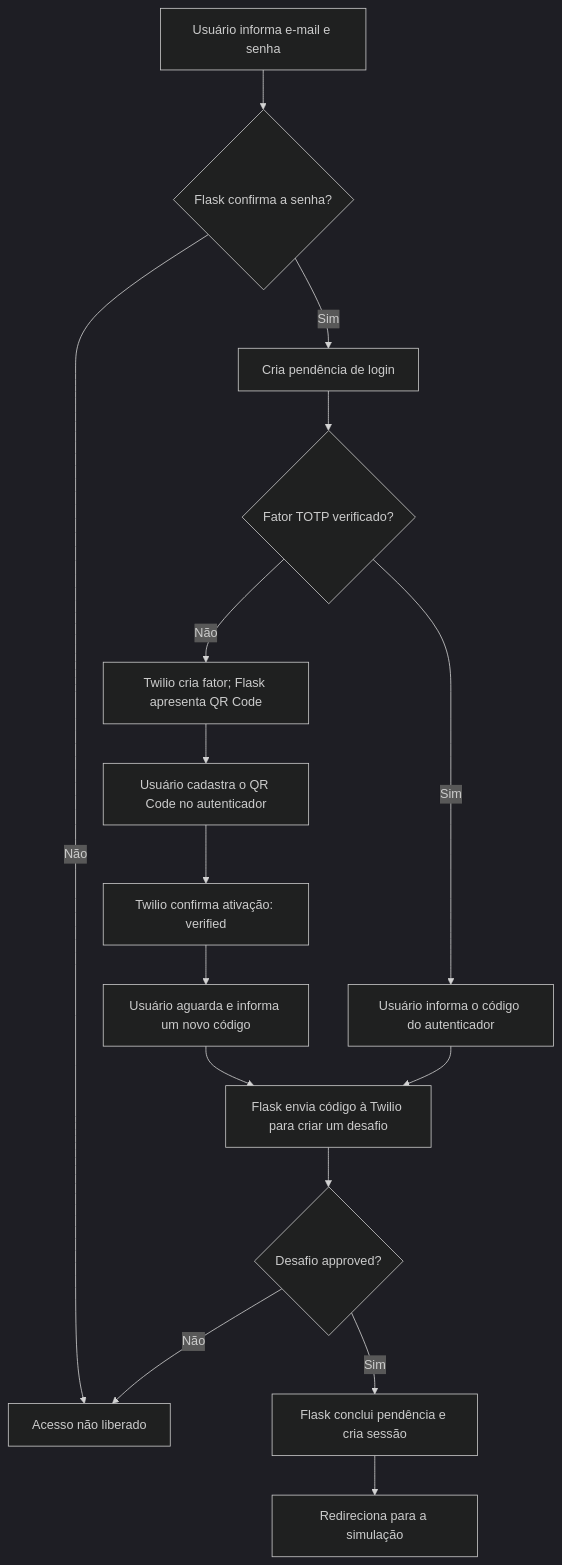
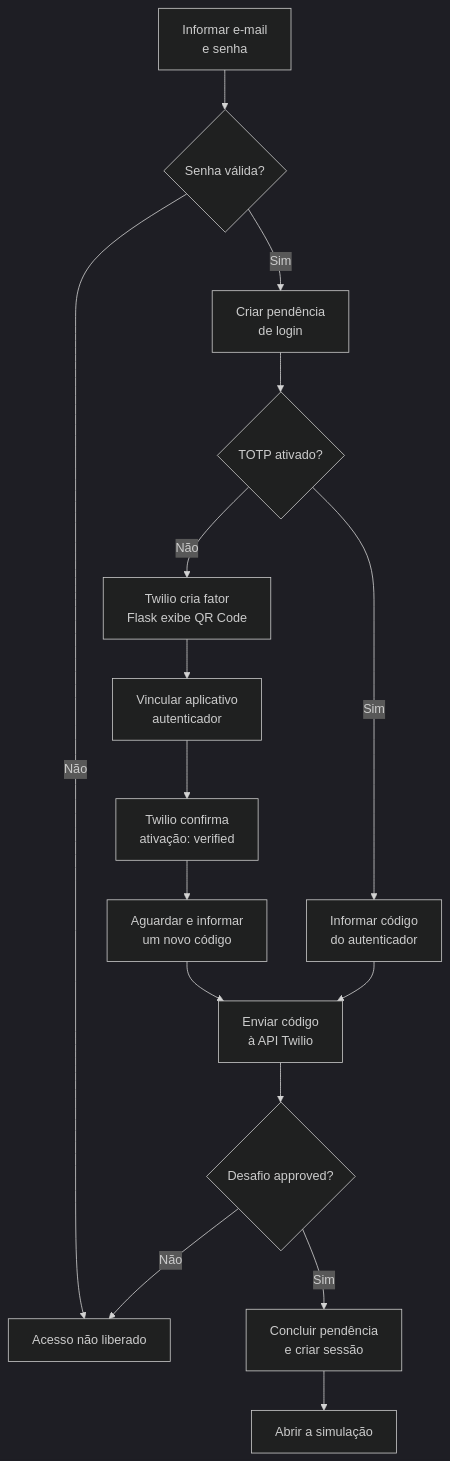
Before and after one commit to EduMafra10/SafeClick: the diagram in safeclick/docs/integracao-twilio.md, drawn with Mermaid (dark theme).

Commit message:
Tava cortando algumas frases do diagrama da integração, estou ajustando

````diff
--- a/safeclick/docs/integracao-twilio.md
+++ b/safeclick/docs/integracao-twilio.md
@@ -27,18 +27,21 @@
 ```mermaid
 flowchart TD
-    A["Usuário informa e-mail e senha"] --> B{"Flask confirma a senha?"}
+    A["Informar e-mail<br/>e senha"] --> B{"Senha válida?"}
     B -- Não --> X["Acesso não liberado"]
-    B -- Sim --> C["Cria pendência de login"]
-    C --> D{"Fator TOTP verificado?"}
-    D -- Não --> E["Twilio cria fator; Flask apresenta QR Code"]
-    E --> F["Usuário cadastra o QR Code no autenticador"]
-    F --> G["Twilio confirma ativação: verified"]
-    G --> H["Usuário aguarda e informa um novo código"]
-    D -- Sim --> I["Usuário informa o código do autenticador"]
-    H --> J["Flask envia código à Twilio para criar um desafio"]
+    B -- Sim --> C["Criar pendência<br/>de login"]
+    C --> D{"TOTP ativado?"}
+
+    D -- Não --> E["Twilio cria fator<br/>Flask exibe QR Code"]
+    E --> F["Vincular aplicativo<br/>autenticador"]
+    F --> G["Twilio confirma<br/>ativação: verified"]
+    G --> H["Aguardar e informar<br/>um novo código"]
+
+    D -- Sim --> I["Informar código<br/>do autenticador"]
+    H --> J["Enviar código<br/>à API Twilio"]
     I --> J
+
     J --> K{"Desafio approved?"}
     K -- Não --> X
-    K -- Sim --> L["Flask conclui pendência e cria sessão"]
-    L --> M["Redireciona para a simulação"]
+    K -- Sim --> L["Concluir pendência<br/>e criar sessão"]
+    L --> M["Abrir a simulação"]
 ```
````
